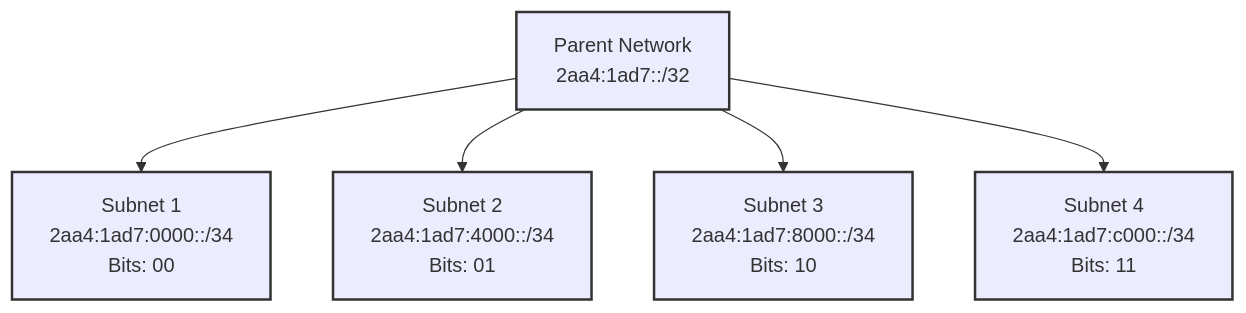
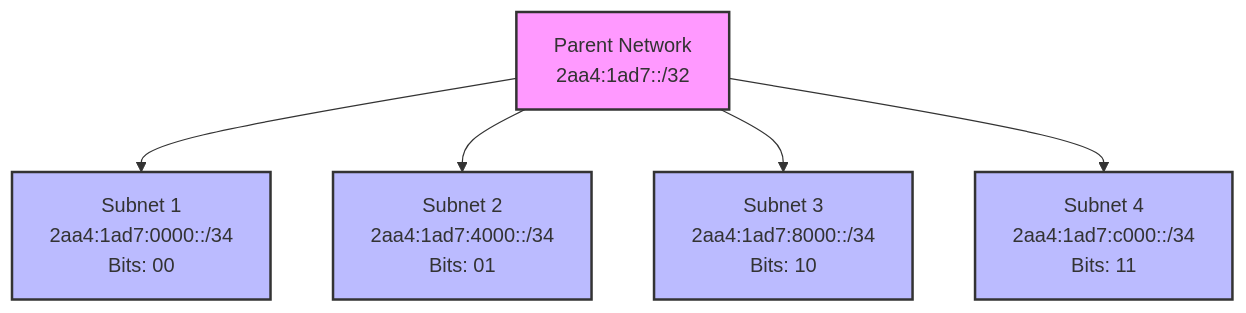
One commit to PanagopoulosNikolaos/DitOpenNotes changed the fifth of 9 diagrams in Year_1/Semester_2/NETWORKING/Resources/Notes/5. Subnetting.md. Above: the diagram before and after it, drawn with Mermaid. The commit also changed other lines of this file and 61 other files, not shown here.

````diff
--- a/Year_1/Semester_2/NETWORKING/Resources/Notes/5. Subnetting.md
+++ b/Year_1/Semester_2/NETWORKING/Resources/Notes/5. Subnetting.md
@@ -401,12 +401,12 @@
 ```Mermaid
 graph TD
     A[Parent Network<br>2aa4:1ad7::/32] --> B[Subnet 1<br>2aa4:1ad7:0000::/34<br>Bits: 00]
     A --> C[Subnet 2<br>2aa4:1ad7:4000::/34<br>Bits: 01]
     A --> D[Subnet 3<br>2aa4:1ad7:8000::/34<br>Bits: 10]
     A --> E[Subnet 4<br>2aa4:1ad7:c000::/34<br>Bits: 11]
-    style A fill:\#f9f,stroke:#333,stroke-width:2px
-    style B fill:\#bbf,stroke:#333,stroke-width:2px
-    style C fill:\#bbf,stroke:#333,stroke-width:2px
-    style D fill:\#bbf,stroke:#333,stroke-width:2px
-    style E fill:\#bbf,stroke:#333,stroke-width:2px
+    style A fill:#f9f,stroke:#333,stroke-width:2px
+    style B fill:#bbf,stroke:#333,stroke-width:2px
+    style C fill:#bbf,stroke:#333,stroke-width:2px
+    style D fill:#bbf,stroke:#333,stroke-width:2px
+    style E fill:#bbf,stroke:#333,stroke-width:2px
 ```
````
